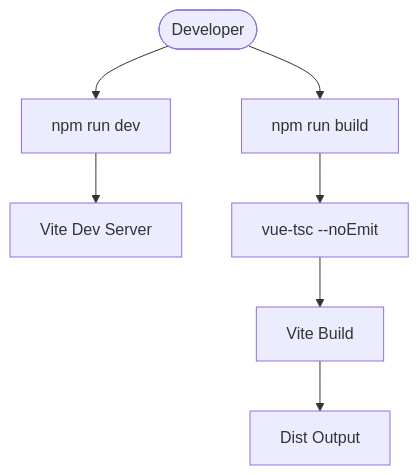
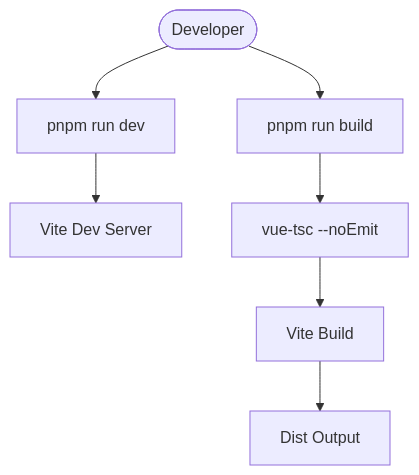
Before and after one commit to xinyo/startora: the seventh of 9 diagrams in .qoder/repowiki/en/content/Development Workflow/Development Workflow.md, drawn with Mermaid. The commit also changed other lines of this file and 19 other files, not shown here.

````diff
--- a/.qoder/repowiki/en/content/Development Workflow/Development Workflow.md
+++ b/.qoder/repowiki/en/content/Development Workflow/Development Workflow.md
@@ -295,9 +328,9 @@
 ```mermaid
 flowchart TD
-Dev(["Developer"]) --> RunDev["npm run dev"]
+Dev(["Developer"]) --> RunDev["pnpm run dev"]
 RunDev --> ViteDev["Vite Dev Server"]
-Dev --> RunBuild["npm run build"]
+Dev --> RunBuild["pnpm run build"]
 RunBuild --> TSC["vue-tsc --noEmit"]
 TSC --> ViteBuild["Vite Build"]
 ViteBuild --> Dist["Dist Output"]
 ```
````
